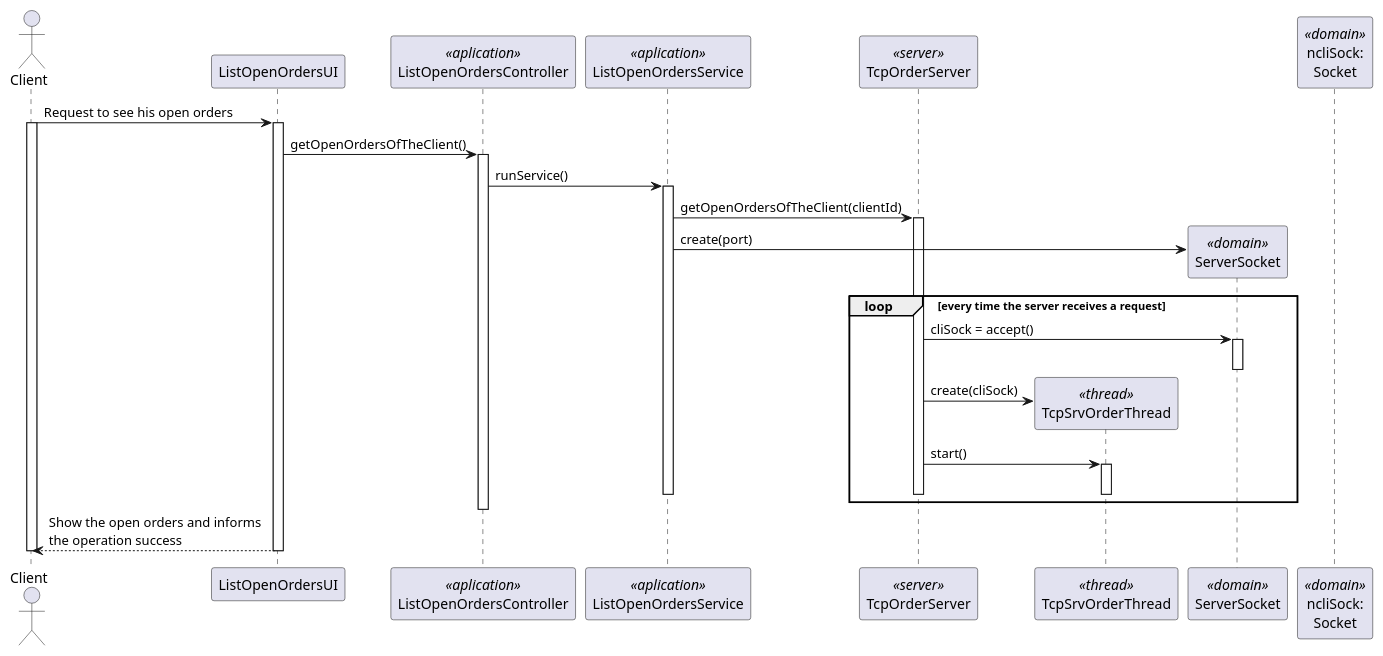
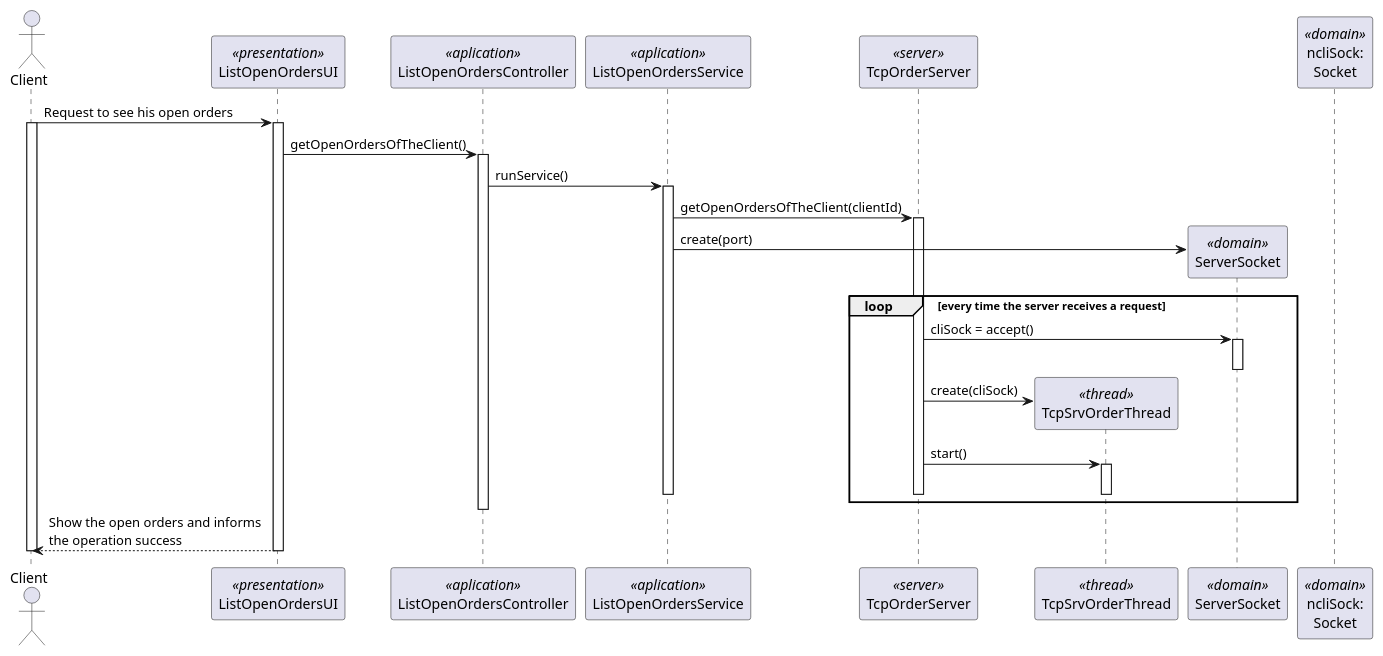
The diagram in docs/1201382/US1502/US1502_SD.puml (0franciscor/lei21_22_s4_2de_01), drawn with PlantUML before and after one commit. The commit also changed 1 other file, not shown here.

Commit message:
#33 - Some changes in Sequence Diagram of US1502

```diff
--- a/docs/1201382/US1502/US1502_SD.puml
+++ b/docs/1201382/US1502/US1502_SD.puml
@@ -1,59 +1,59 @@
 @startuml
 'https://plantuml.com/sequence-diagram
 
 actor "Client" as EMPLOYEE
-participant ListOpenOrdersUI as UI
+participant ListOpenOrdersUI as UI <<presentation>>
 participant ListOpenOrdersController as CT <<aplication>>
 participant ListOpenOrdersService as SV <<aplication>>
 participant TcpOrderServer as SRV <<server>>
 participant TcpSrvOrderThread as RQ <<thread>>
 participant ServerSocket as SS <<domain>>
 participant "ncliSock:\nSocket" as S <<domain>>
 
 EMPLOYEE -> UI : Request to see his open orders
 activate EMPLOYEE
 
 activate UI
 UI -> CT : getOpenOrdersOfTheClient()
 activate CT
 CT -> SV : runService()
 activate SV
 
 
 
 SV -> SRV : getOpenOrdersOfTheClient(clientId)
 
 activate SRV
 
 
 SV -> SS** : create(port)
 
 loop every time the server receives a request
 
 SRV -> SS : cliSock = accept()
 
 activate SS
 deactivate SS
 
 SRV -> RQ** : create(cliSock)
 
 SRV -> RQ : start()
 activate RQ
 deactivate SRV
 
 
 deactivate RQ
 deactivate SV
 end
 deactivate CT
 
 UI --> EMPLOYEE : Show the open orders and informs\nthe operation success
 deactivate UI
 deactivate EMPLOYEE
 
 
 
 
 
 deactivate SRV
 @enduml
```
